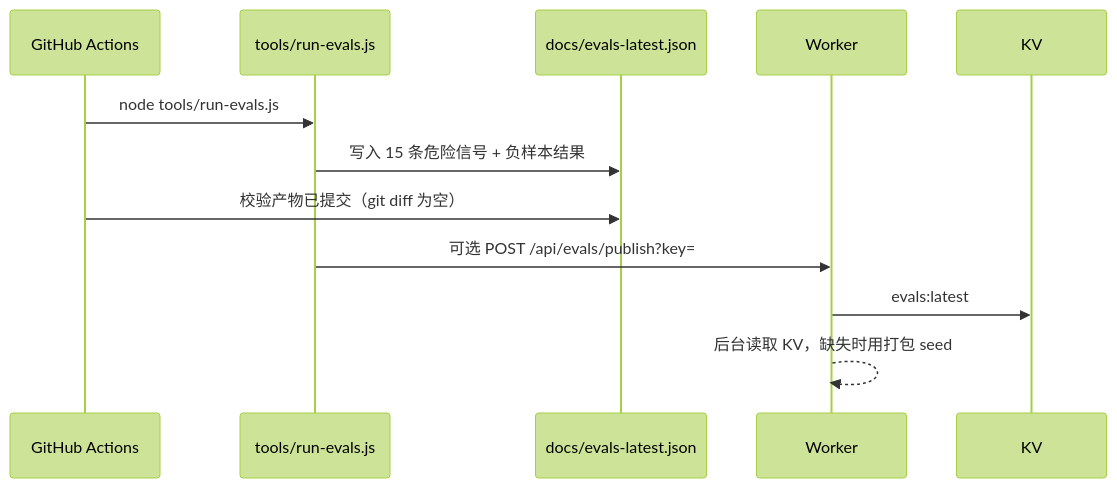
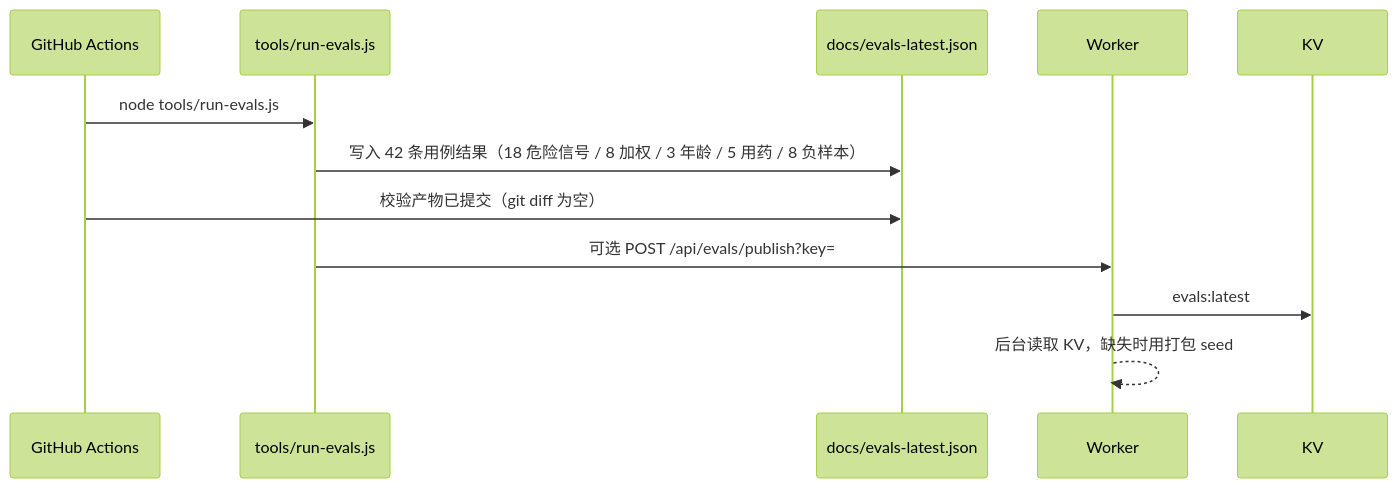
The fourth of 5 diagrams in docs/架构图.md (huang1357810/symptom-compass), drawn with Mermaid (forest theme) before and after one commit. The commit also changed other lines of this file and 32 other files, not shown here.

````diff
--- a/docs/架构图.md
+++ b/docs/架构图.md
@@ -84,15 +84,15 @@
 ```mermaid
 sequenceDiagram
   participant CI as GitHub Actions
   participant T as tools/run-evals.js
   participant R as docs/evals-latest.json
   participant A as Worker
   participant K as KV
 
   CI->>T: node tools/run-evals.js
-  T->>R: 写入 15 条危险信号 + 负样本结果
+  T->>R: 写入 42 条用例结果（18 危险信号 / 8 加权 / 3 年龄 / 5 用药 / 8 负样本）
   CI->>R: 校验产物已提交（git diff 为空）
   T->>A: 可选 POST /api/evals/publish?key=
   A->>K: evals:latest
   A-->>A: 后台读取 KV，缺失时用打包 seed
 ```
````
